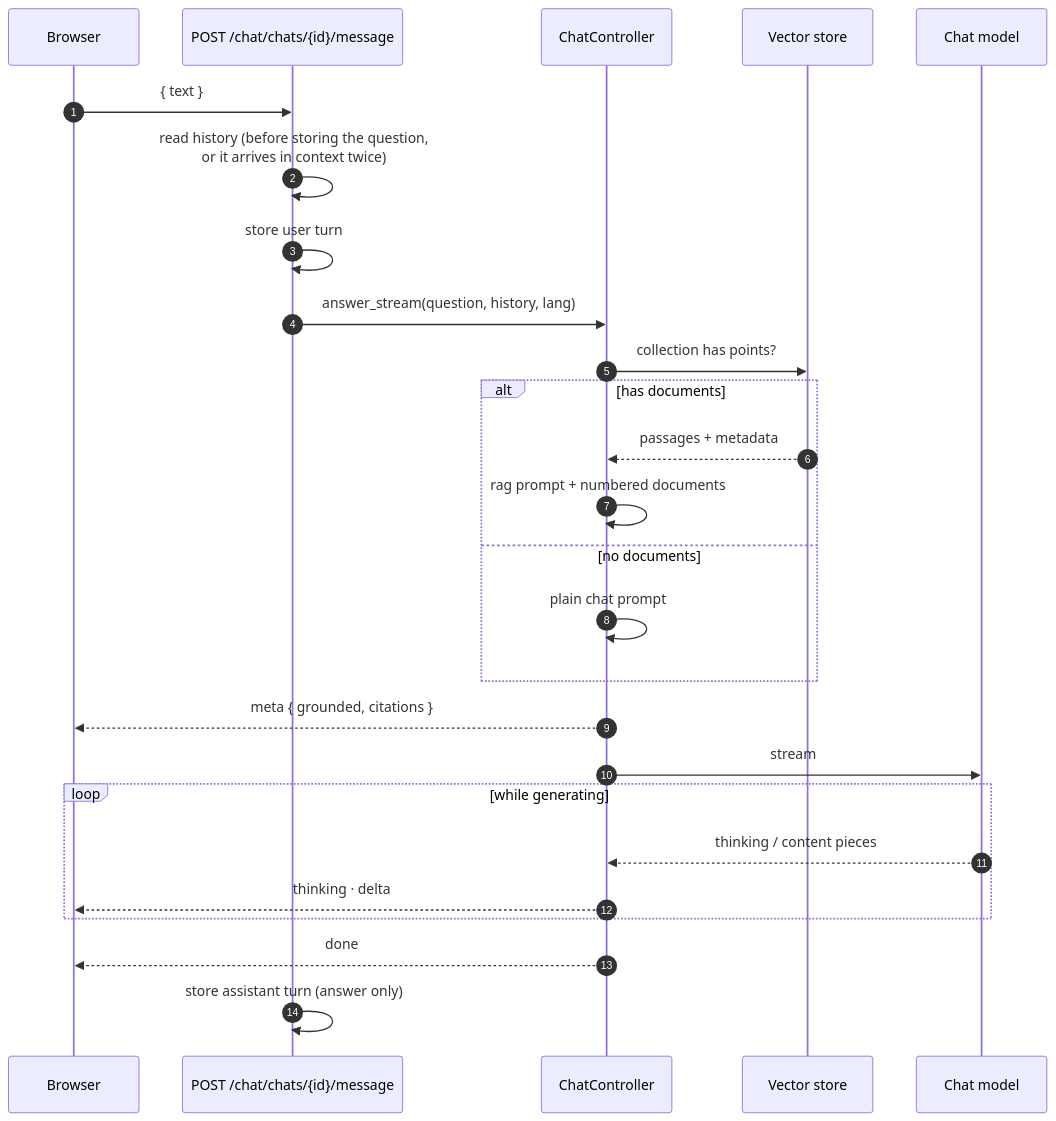
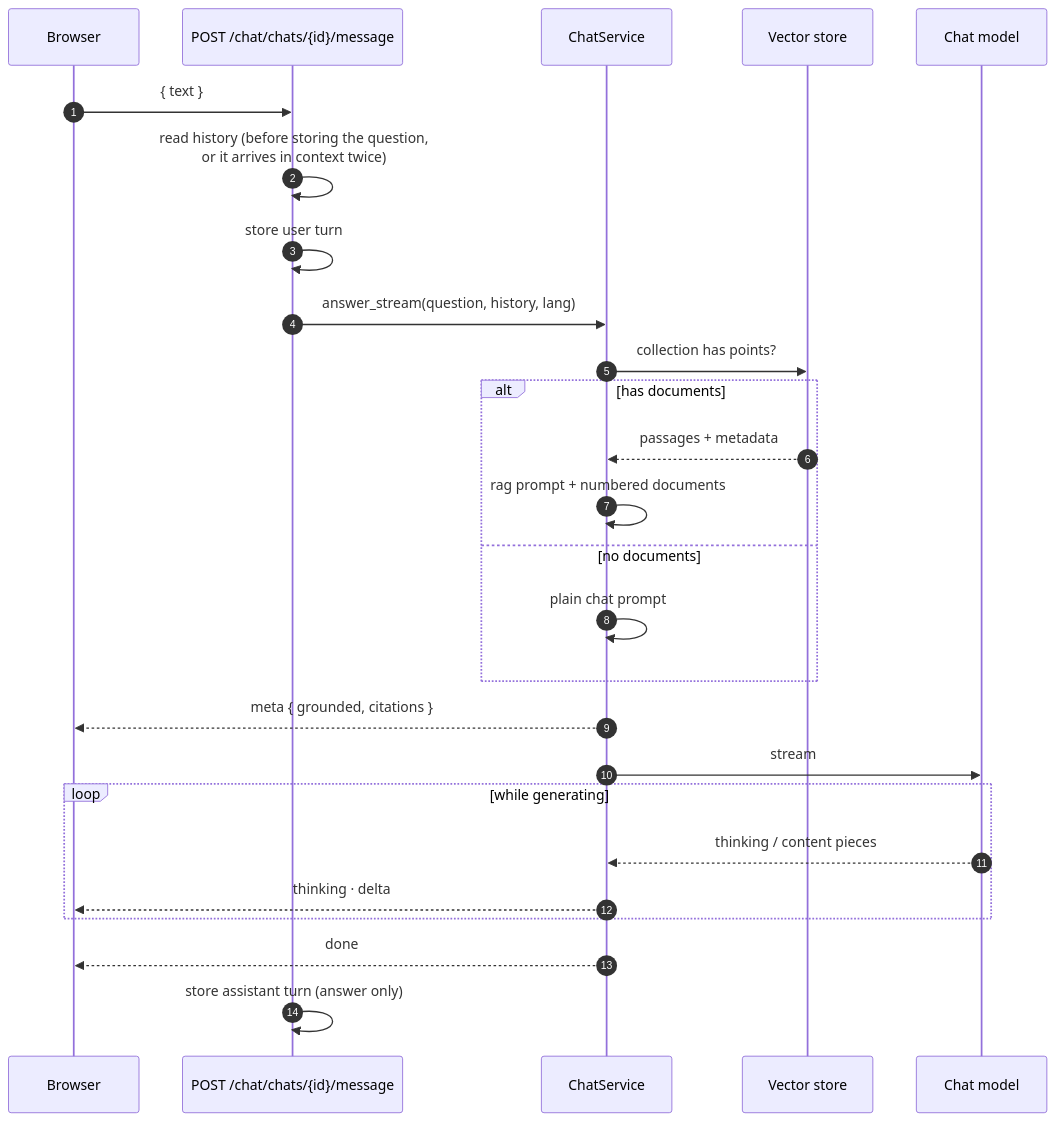
Before and after one commit to omarTBakr/notebookllm-minus: the fourth of 5 diagrams in README.md, drawn with Mermaid. The commit also changed other lines of this file and 1471 other files, not shown here.

````diff
--- a/README.md
+++ b/README.md
@@ -235,29 +358,29 @@
 ```mermaid
 sequenceDiagram
     autonumber
     participant U as Browser
     participant R as POST /chat/chats/{id}/message
-    participant CC as ChatController
+    participant CC as ChatService
     participant V as Vector store
     participant L as Chat model
 
     U->>R: { text }
     R->>R: read history (before storing the question,<br/>or it arrives in context twice)
     R->>R: store user turn
     R->>CC: answer_stream(question, history, lang)
     CC->>V: collection has points?
     alt has documents
         V-->>CC: passages + metadata
         CC->>CC: rag prompt + numbered documents
     else no documents
         CC->>CC: plain chat prompt
     end
     CC-->>U: meta { grounded, citations }
     CC->>L: stream
     loop while generating
         L-->>CC: thinking / content pieces
         CC-->>U: thinking · delta
     end
     CC-->>U: done
     R->>R: store assistant turn (answer only)
 ```
````
